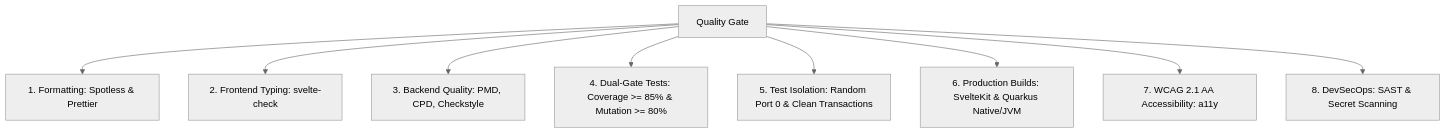
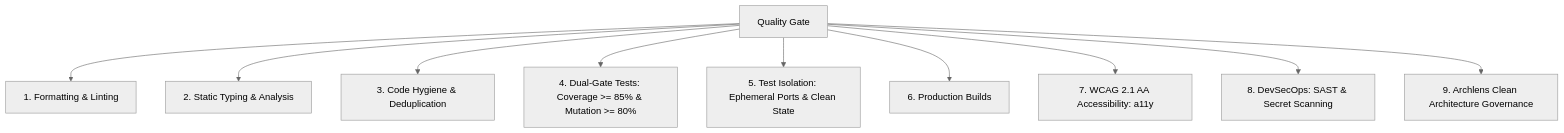
One commit to fmatar/sealit changed the diagram in .agent/skills/sdlc-quality-gate/SKILL.md. Above: the diagram before and after it, drawn with Mermaid (neutral theme). The commit also changed other lines of this file and 8 other files, not shown here.

````diff
--- a/.agent/skills/sdlc-quality-gate/SKILL.md
+++ b/.agent/skills/sdlc-quality-gate/SKILL.md
@@ -17,11 +17,12 @@
 ```mermaid
 graph TD
-    A[Quality Gate] --> B[1. Formatting: Spotless & Prettier]
-    A --> C[2. Frontend Typing: svelte-check]
-    A --> D[3. Backend Quality: PMD, CPD, Checkstyle]
+    A[Quality Gate] --> B[1. Formatting & Linting]
+    A --> C[2. Static Typing & Analysis]
+    A --> D[3. Code Hygiene & Deduplication]
     A --> E[4. Dual-Gate Tests: Coverage >= 85% & Mutation >= 80%]
-    A --> F[5. Test Isolation: Random Port 0 & Clean Transactions]
-    A --> G[6. Production Builds: SvelteKit & Quarkus Native/JVM]
+    A --> F[5. Test Isolation: Ephemeral Ports & Clean State]
+    A --> G[6. Production Builds]
     A --> H[7. WCAG 2.1 AA Accessibility: a11y]
     A --> I[8. DevSecOps: SAST & Secret Scanning]
+    A --> J[9. Archlens Clean Architecture Governance]
 ```
````
